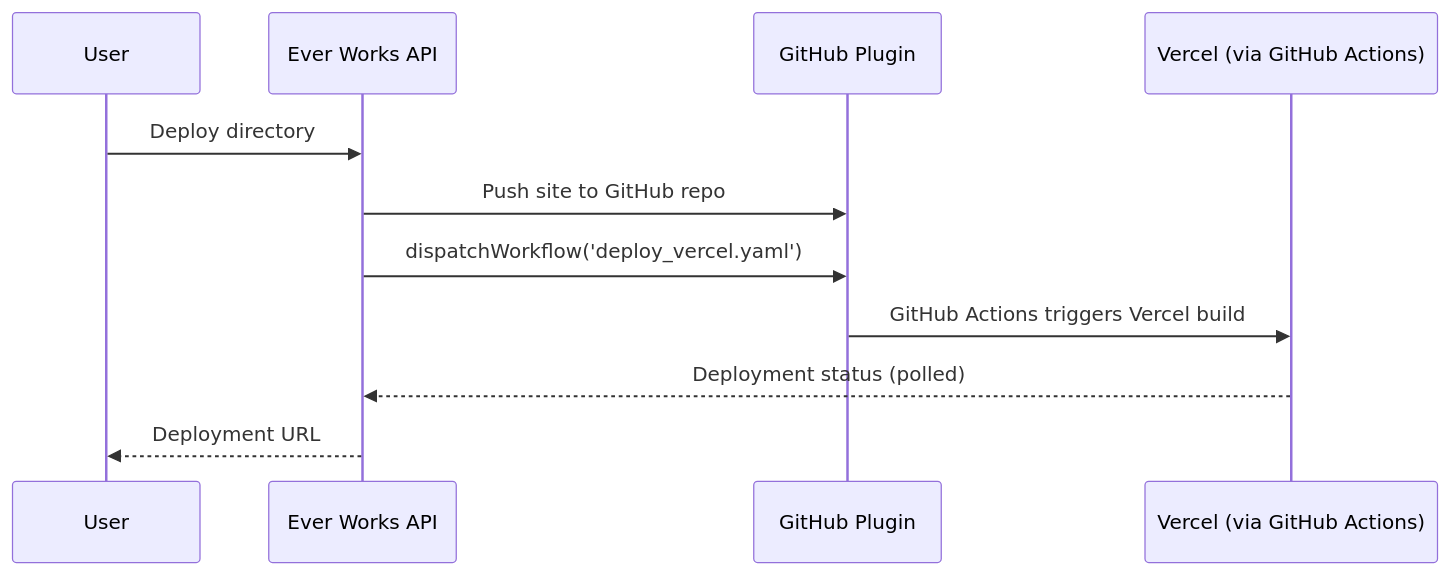
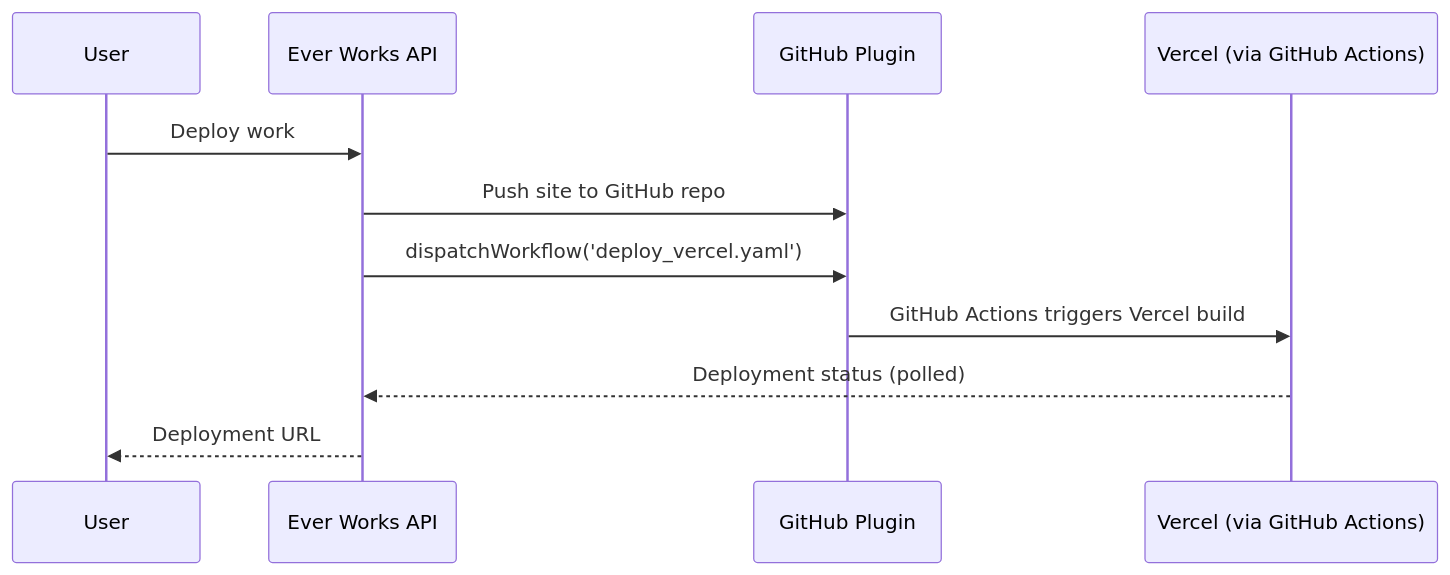
Before and after one commit to ever-works/ever-works: the second of 3 diagrams in docs/plugin-system/vercel-plugin.md, drawn with Mermaid. The commit also changed other lines of this file and 395 other files, not shown here.

````diff
--- a/docs/plugin-system/vercel-plugin.md
+++ b/docs/plugin-system/vercel-plugin.md
@@ -65,14 +65,14 @@
 ```mermaid
 sequenceDiagram
     participant User as User
     participant API as Ever Works API
     participant GH as GitHub Plugin
     participant Vercel as Vercel (via GitHub Actions)
 
-    User->>API: Deploy directory
+    User->>API: Deploy work
     API->>GH: Push site to GitHub repo
     API->>GH: dispatchWorkflow('deploy_vercel.yaml')
     GH->>Vercel: GitHub Actions triggers Vercel build
     Vercel-->>API: Deployment status (polled)
     API-->>User: Deployment URL
 ```
````
